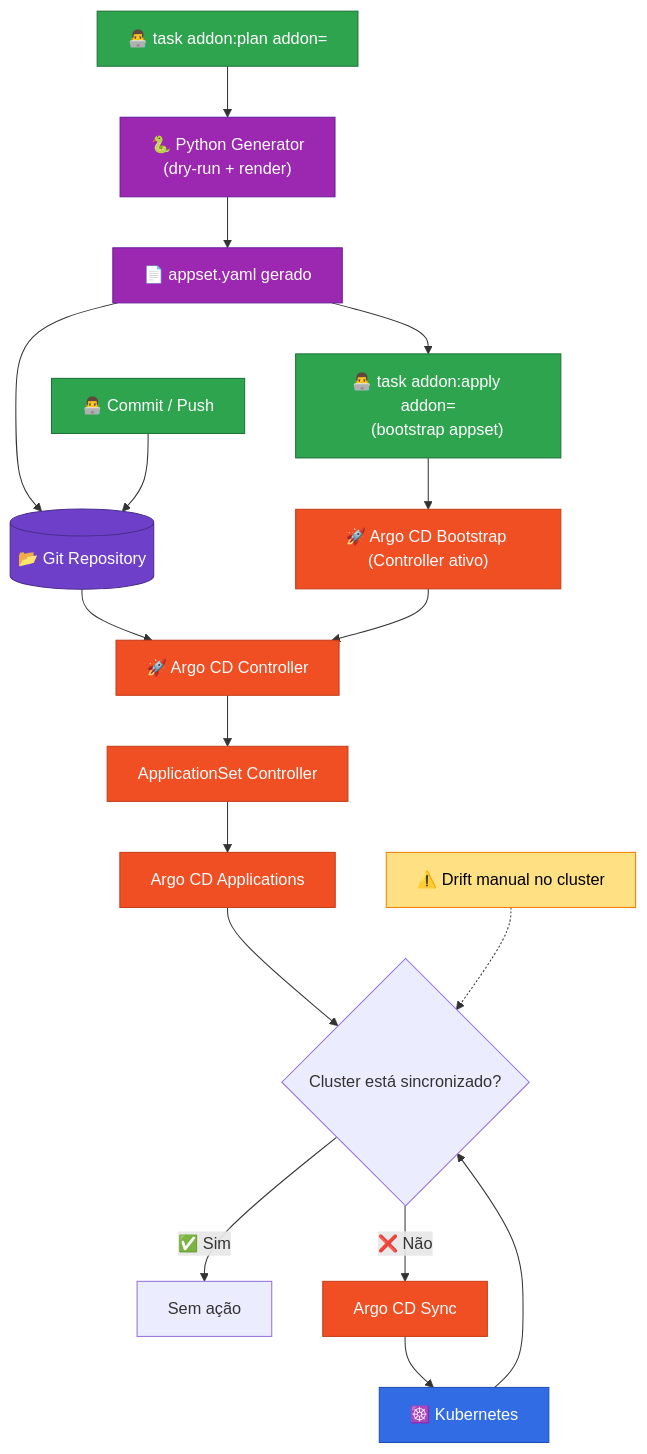
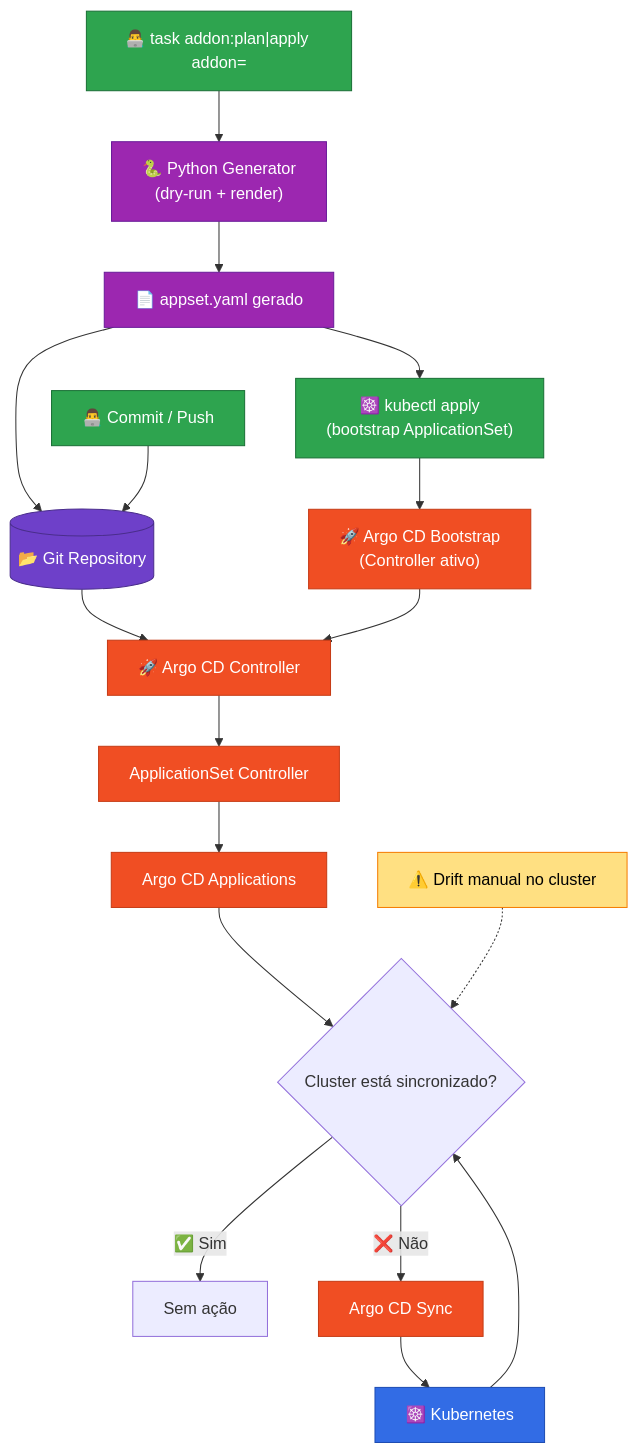
One commit to estudosdevops/homelab changed the first of 2 diagrams in kubernetes/addons/README.md. Above: the diagram before and after it, drawn with Mermaid.

````diff
--- a/kubernetes/addons/README.md
+++ b/kubernetes/addons/README.md
@@ -48,47 +48,48 @@
 ```mermaid
 flowchart TD
 
-    DevPlan["👨‍💻 task addon:plan addon=<addon>"] --> Py["🐍 Python Generator
+    DevPlan["👨‍💻 task addon:plan|apply addon=<addon>"] --> Py["🐍 Python Generator
     (dry-run + render)"]
     Py --> AppSet["📄 appset.yaml gerado"]
 
-    AppSet --> Kubectl["👨‍💻 task addon:apply addon=<addon>
-    (bootstrap appset)"]
-    Kubectl --> ArgoBootstrap["🚀 Argo CD Bootstrap (Controller ativo)"]
+    AppSet --> Kubectl["☸️ kubectl apply
+    (bootstrap ApplicationSet)"]
+    Kubectl --> ArgoBootstrap["🚀 Argo CD Bootstrap
+    (Controller ativo)"]
 
     %% Git fica abaixo do AppSet gerado (como você pediu)
     AppSet --> Git[("📂 Git Repository")]
     DevCommit["👨‍💻 Commit / Push"] --> Git
 
     Git --> Argo["🚀 Argo CD Controller"]
     ArgoBootstrap --> Argo
 
     Argo --> Controller["ApplicationSet Controller"]
     Controller --> Apps["Argo CD Applications"]
 
     Apps --> Diff{"Cluster está sincronizado?"}
 
     Diff -->|"✅ Sim"| Idle["Sem ação"]
     Diff -->|"❌ Não"| Sync["Argo CD Sync"]
 
     Sync --> K8S["☸️ Kubernetes"]
     K8S --> Diff
 
     Drift["⚠️ Drift manual no cluster"] -.-> Diff
 
 
     %% ===== STYLES (cores) =====
     classDef git fill:#6e40c9,stroke:#4a2d8c,color:#fff;
     classDef argo fill:#f04e23,stroke:#c63c16,color:#fff;
     classDef k8s fill:#326ce5,stroke:#1e4db3,color:#fff;
     classDef user fill:#2ea44f,stroke:#1a7036,color:#fff;
     classDef gen fill:#9C27B0,stroke:#6A1B9A,color:#fff;
     classDef warn fill:#FFE082,stroke:#F57C00,color:#000;
 
     class DevPlan,DevCommit,Kubectl user;
     class Py,AppSet gen;
     class Git git;
     class Argo,Controller,Apps,Sync,ArgoBootstrap argo;
     class K8S k8s;
     class Drift warn;
 ```
````
